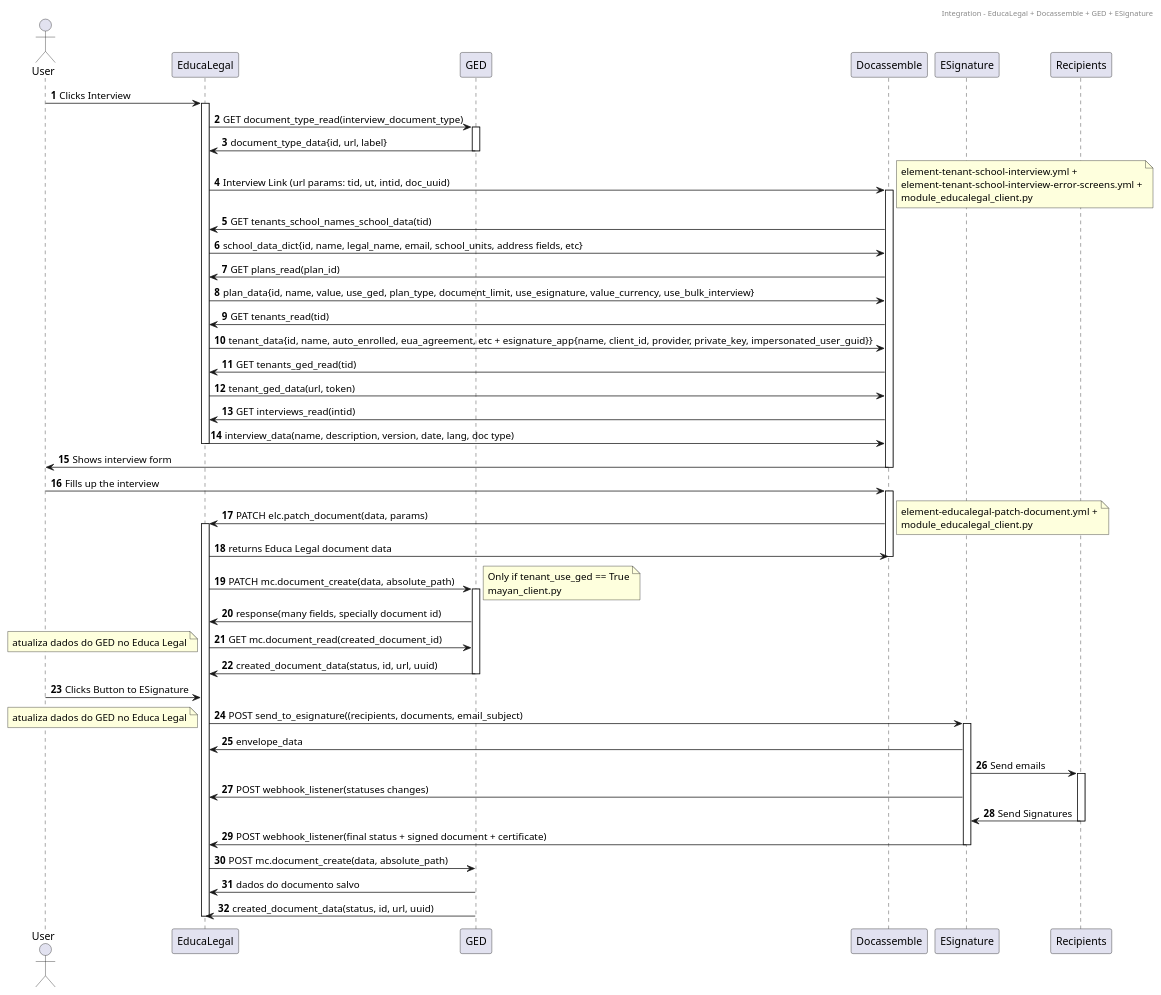
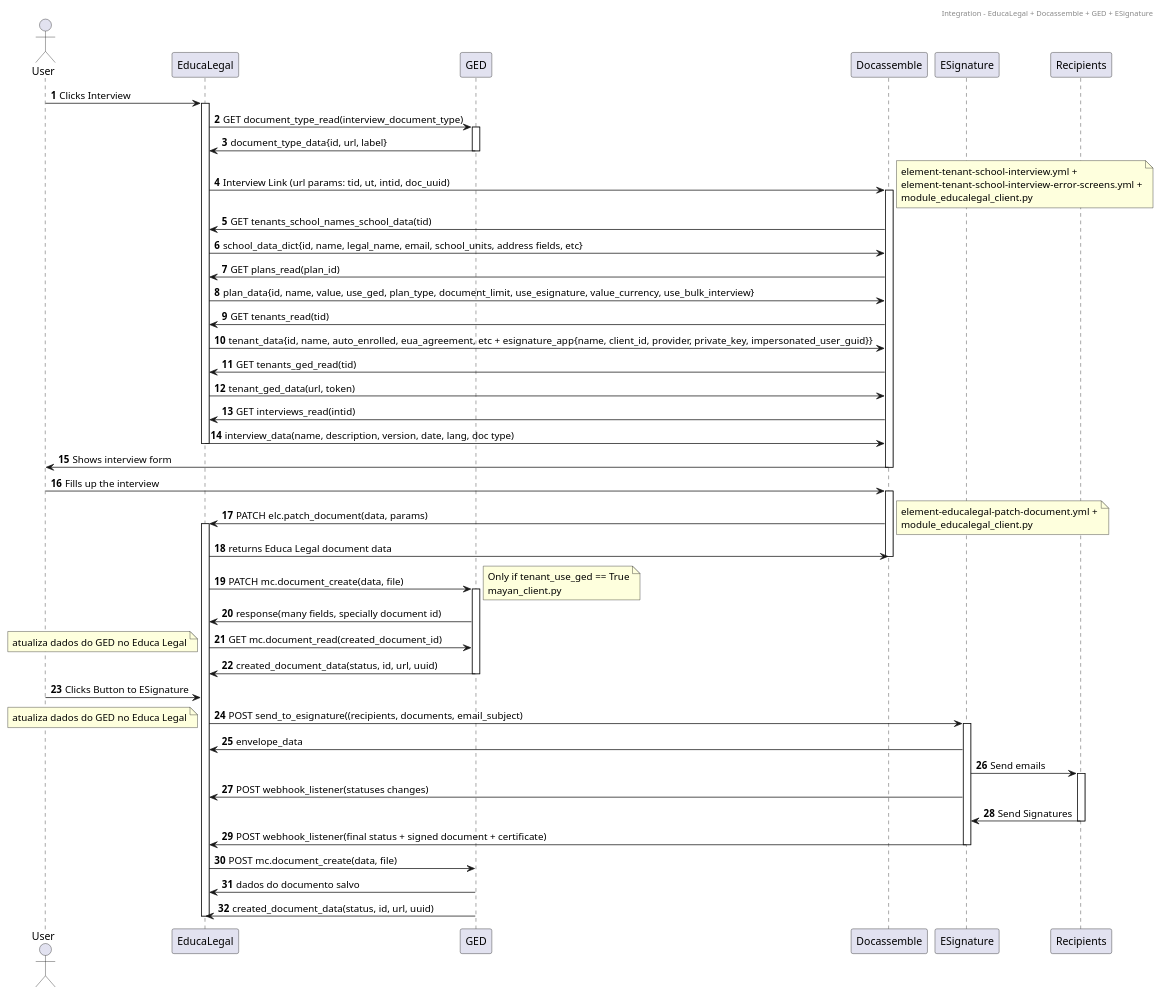
The diagram in fluxos/educalegal_api_seq_diagram.pu (rvnovaes/educalegal), drawn with PlantUML before and after one commit. The commit also changed 6 other files, not shown here.

```diff
--- a/fluxos/educalegal_api_seq_diagram.pu
+++ b/fluxos/educalegal_api_seq_diagram.pu
@@ -1,96 +1,96 @@
 @startuml
 header Integration - EducaLegal + Docassemble + GED + ESignature
 actor User
 autonumber
 
 User -> EducaLegal: Clicks Interview
 activate EducaLegal
 
 EducaLegal -> GED: GET document_type_read(interview_document_type)
 activate GED
 
 GED -> EducaLegal: document_type_data{id, url, label}
 deactivate GED
 
 EducaLegal -> Docassemble: Interview Link (url params: tid, ut, intid, doc_uuid)
 activate Docassemble
 
 note right
 element-tenant-school-interview.yml +
 element-tenant-school-interview-error-screens.yml +
 module_educalegal_client.py
 end note
 
 Docassemble -> EducaLegal: GET tenants_school_names_school_data(tid)
 EducaLegal -> Docassemble: school_data_dict{id, name, legal_name, email, school_units, address fields, etc}
 
 Docassemble -> EducaLegal: GET plans_read(plan_id)
 EducaLegal -> Docassemble: plan_data{id, name, value, use_ged, plan_type, document_limit, use_esignature, value_currency, use_bulk_interview}
 
 Docassemble -> EducaLegal : GET tenants_read(tid)
 EducaLegal -> Docassemble: tenant_data{id, name, auto_enrolled, eua_agreement, etc + esignature_app{name, client_id, provider, private_key, impersonated_user_guid}}
 
 Docassemble -> EducaLegal: GET tenants_ged_read(tid)
 EducaLegal -> Docassemble: tenant_ged_data(url, token)
 Docassemble -> EducaLegal: GET interviews_read(intid)
 EducaLegal -> Docassemble: interview_data(name, description, version, date, lang, doc type)
 deactivate EducaLegal
 
 Docassemble -> User: Shows interview form
 deactivate Docassemble
 
 User -> Docassemble: Fills up the interview
 activate Docassemble
 
 Docassemble -> EducaLegal: PATCH elc.patch_document(data, params)
 activate EducaLegal
 
 note right
 element-educalegal-patch-document.yml +
 module_educalegal_client.py
 end note
 
 EducaLegal -> Docassemble: returns Educa Legal document data
 deactivate Docassemble
 
-EducaLegal -> GED: PATCH mc.document_create(data, absolute_path)
+EducaLegal -> GED: PATCH mc.document_create(data, file)
 activate GED
 
 note right
 Only if tenant_use_ged == True
 mayan_client.py
 end note
 
 GED -> EducaLegal: response(many fields, specially document id)
 EducaLegal -> GED: GET mc.document_read(created_document_id)
 note left
 atualiza dados do GED no Educa Legal
 end note
 GED -> EducaLegal: created_document_data(status, id, url, uuid)
 deactivate GED
 
 
 User -> EducaLegal: Clicks Button to ESignature
 
 EducaLegal -> ESignature: POST send_to_esignature((recipients, documents, email_subject)
 note left
 atualiza dados do GED no Educa Legal
 end note
 activate ESignature
 
 ESignature -> EducaLegal: envelope_data
 
 ESignature -> Recipients: Send emails
 activate Recipients
 ESignature -> EducaLegal: POST webhook_listener(statuses changes)
 Recipients -> ESignature: Send Signatures
 deactivate Recipients
 
 ESignature -> EducaLegal: POST webhook_listener(final status + signed document + certificate)
 deactivate ESignature
 
-EducaLegal -> GED: POST mc.document_create(data, absolute_path)
+EducaLegal -> GED: POST mc.document_create(data, file)
 GED -> EducaLegal: dados do documento salvo
 GED -> EducaLegal: created_document_data(status, id, url, uuid)
 deactivate EducaLegal
 @enduml
```
